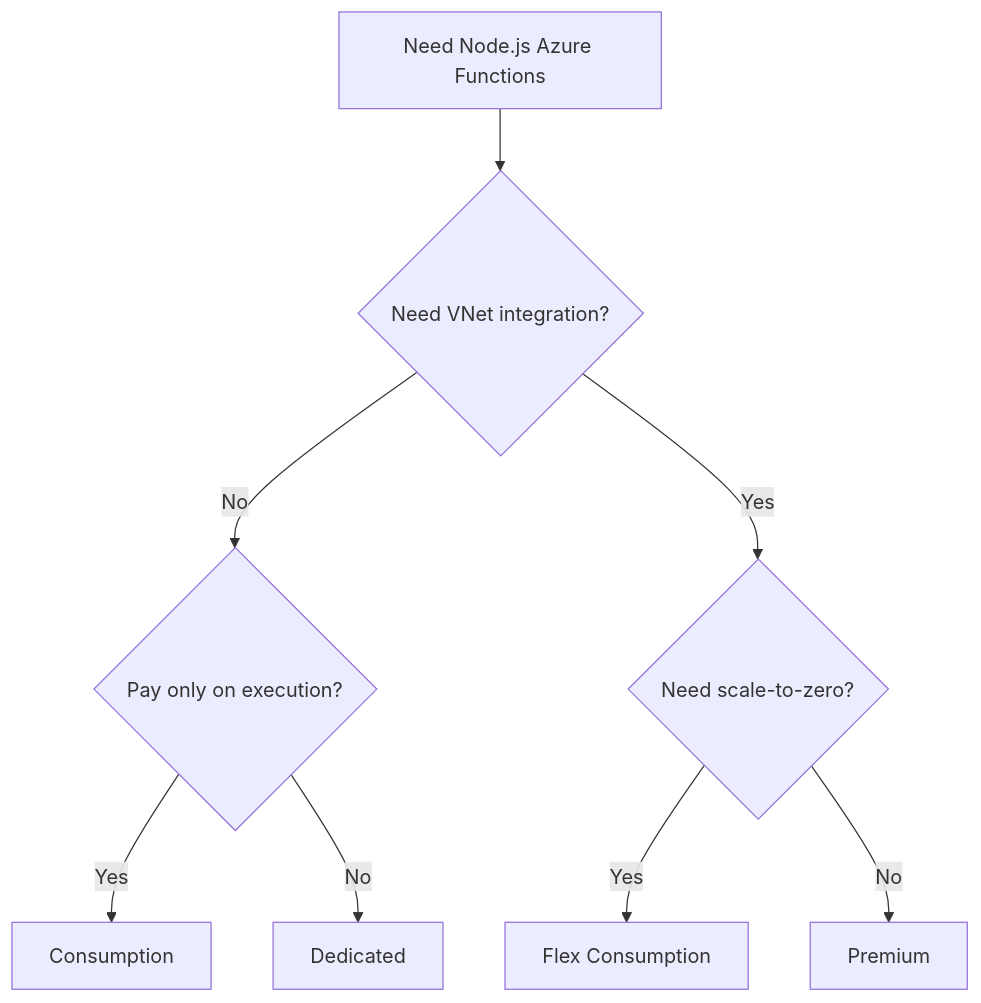
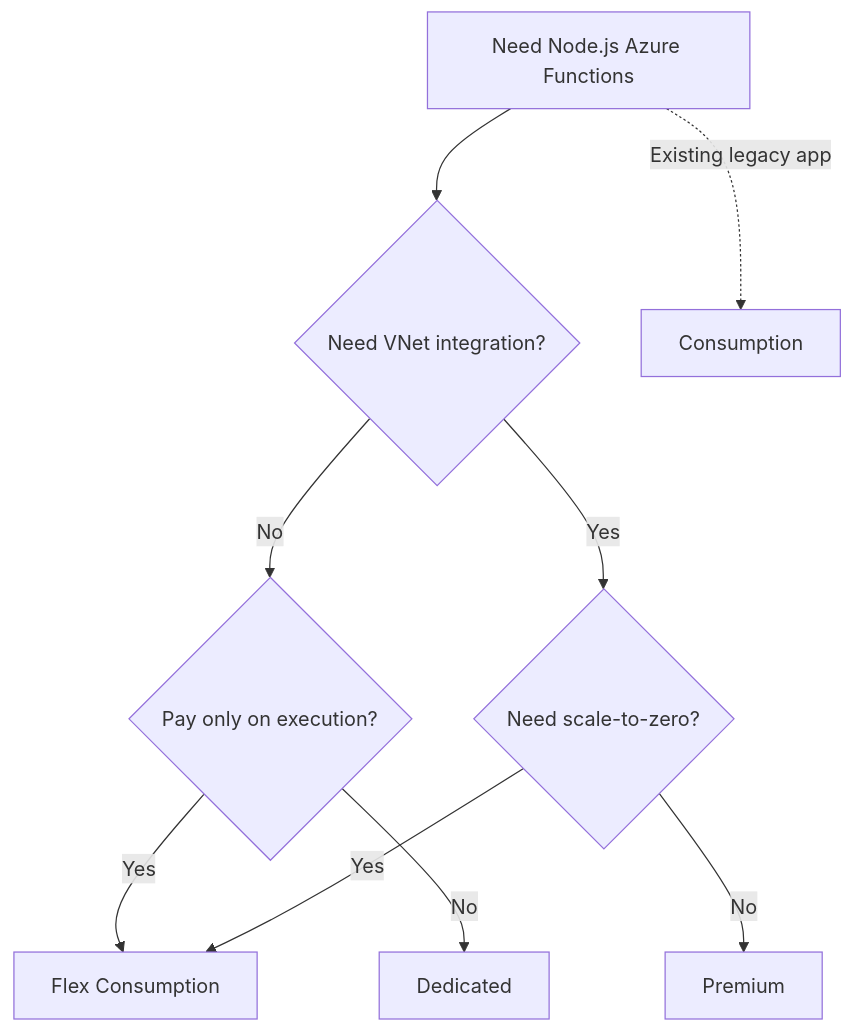
The diagram in docs/language-guides/nodejs/tutorial/index.md (yeongseon/azure-functions-practical-guide), drawn with Mermaid before and after one commit. The commit also changed other lines of this file and 10 other files, not shown here.

````diff
--- a/docs/language-guides/nodejs/tutorial/index.md
+++ b/docs/language-guides/nodejs/tutorial/index.md
@@ -25,10 +25,11 @@
 ```mermaid
 flowchart TD
     S[Need Node.js Azure Functions] --> Q1{Need VNet integration?}
     Q1 -->|No| Q2{Pay only on execution?}
     Q1 -->|Yes| Q3{Need scale-to-zero?}
-    Q2 -->|Yes| C[Consumption]
+    Q2 -->|Yes| F[Flex Consumption]
+    S -.->|Existing legacy app| C[Consumption]
     Q2 -->|No| D[Dedicated]
-    Q3 -->|Yes| F[Flex Consumption]
+    Q3 -->|Yes| F
     Q3 -->|No| P[Premium]
 ```
````
